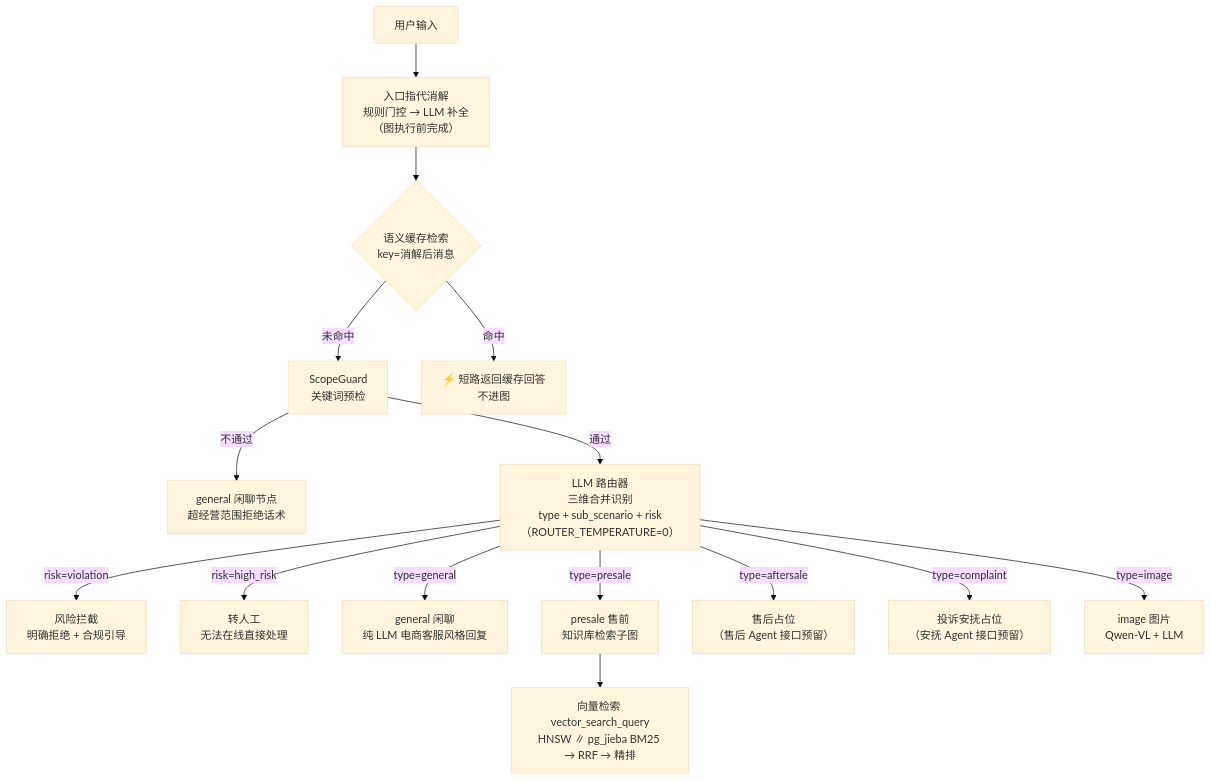
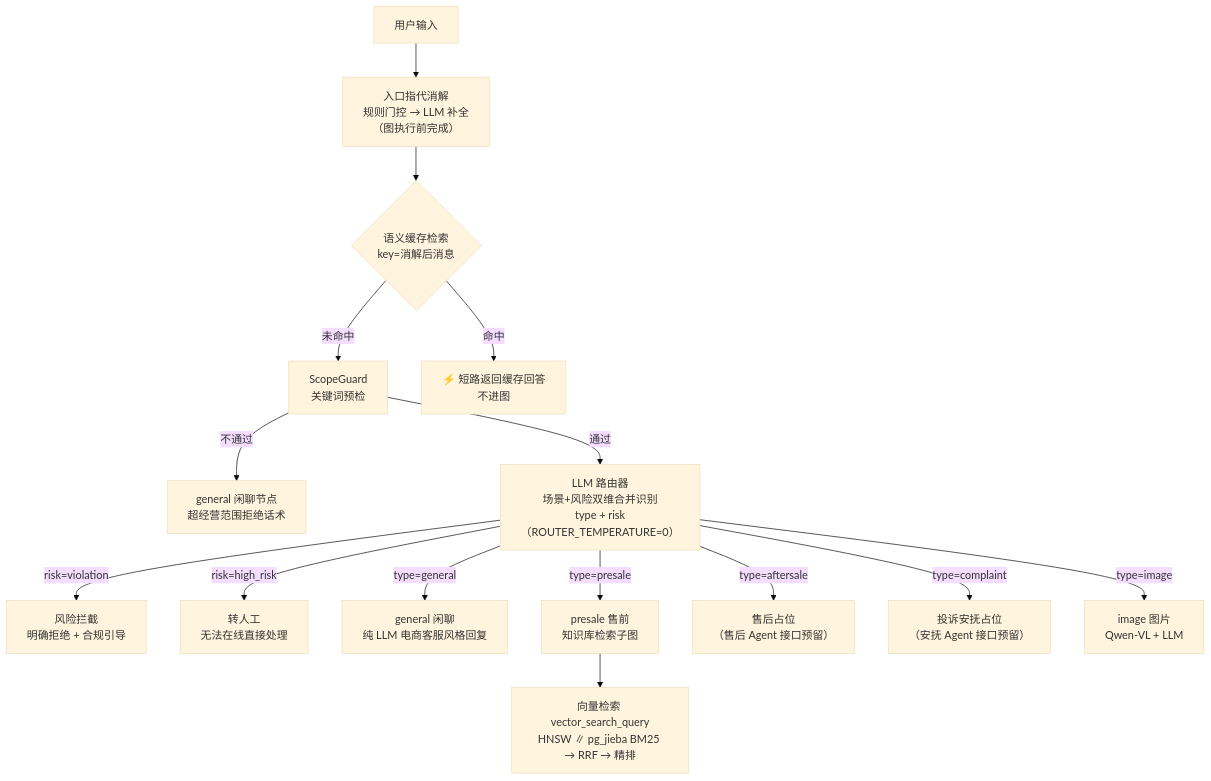
One commit to blowt16/SmartCS-Agent changed the eighth of 15 diagrams in docs/PROJECT_ANALYSIS.md. Above: the diagram before and after it, drawn with Mermaid (base theme). The commit also changed other lines of this file and 7 other files, not shown here.

First line of the commit message:
refactor: 移除 sub_scenario 维度（简化设计）——售后子场景判断下沉售后 Agent

````diff
--- a/docs/PROJECT_ANALYSIS.md
+++ b/docs/PROJECT_ANALYSIS.md
@@ -493,23 +492,23 @@
 ```mermaid
 flowchart TD
     Q["用户输入"]
     RESOLVE["入口指代消解<br/>规则门控 → LLM 补全<br/>（图执行前完成）"]
     CACHE{"语义缓存检索<br/>key=消解后消息"}
     SG["ScopeGuard<br/>关键词预检"]
     Q --> RESOLVE
     RESOLVE --> CACHE
     CACHE -->|"命中"| SHORT["⚡ 短路返回缓存回答<br/>不进图"]
     CACHE -->|"未命中"| SG
     SG -->|"不通过"| GEN["general 闲聊节点<br/>超经营范围拒绝话术"]
-    SG -->|"通过"| ROUTER["LLM 路由器<br/>三维合并识别<br/>type + sub_scenario + risk<br/>（ROUTER_TEMPERATURE=0）"]
+    SG -->|"通过"| ROUTER["LLM 路由器<br/>场景+风险双维合并识别<br/>type + risk<br/>（ROUTER_TEMPERATURE=0）"]
 
     ROUTER -->|"risk=violation"| RISK["风险拦截<br/>明确拒绝 + 合规引导"]
     ROUTER -->|"risk=high_risk"| TRANS["转人工<br/>无法在线直接处理"]
     ROUTER -->|"type=general"| GEN2["general 闲聊<br/>纯 LLM 电商客服风格回复"]
     ROUTER -->|"type=presale"| KG["presale 售前<br/>知识库检索子图"]
     ROUTER -->|"type=aftersale"| PLACE["售后占位<br/>（售后 Agent 接口预留）"]
     ROUTER -->|"type=complaint"| PLACE2["投诉安抚占位<br/>（安抚 Agent 接口预留）"]
     ROUTER -->|"type=image"| IMG["image 图片<br/>Qwen-VL + LLM"]
 
     KG --> GRAG["向量检索 vector_search_query<br/>HNSW ∥ pg_jieba BM25 → RRF → 精排"]
 ```
````
